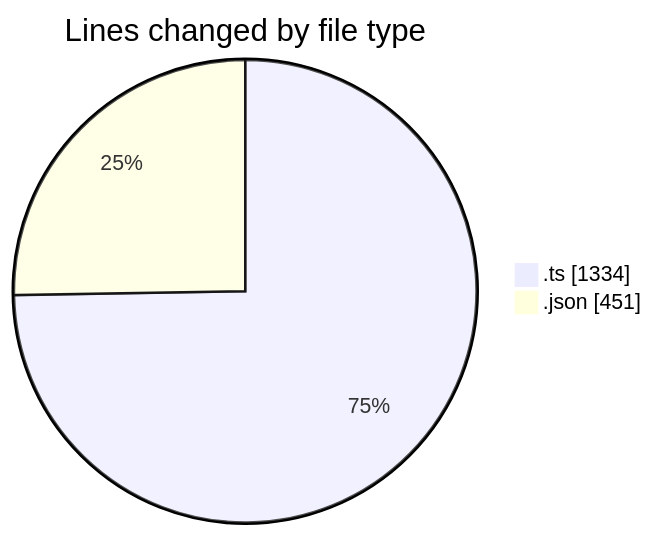
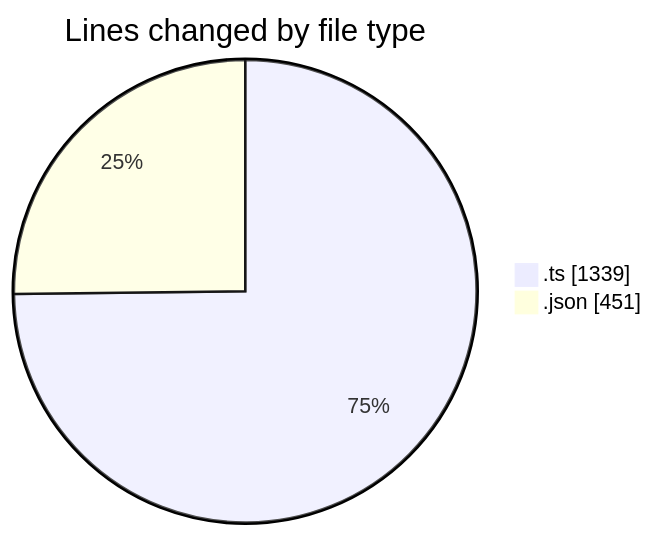
Before and after one commit to momahboobian/code-tracking: the first of 2 diagrams in 2025-10-22/cda/README.md, drawn with Mermaid. The commit also changed other lines of this file and 1 other file, not shown here.

````diff
--- a/2025-10-22/cda/README.md
+++ b/2025-10-22/cda/README.md
@@ -24,6 +24,6 @@
 ```mermaid
 pie showData
 title Lines changed by file type
-".ts" : 1334
+".ts" : 1339
 ".json" : 451
 ```
````
